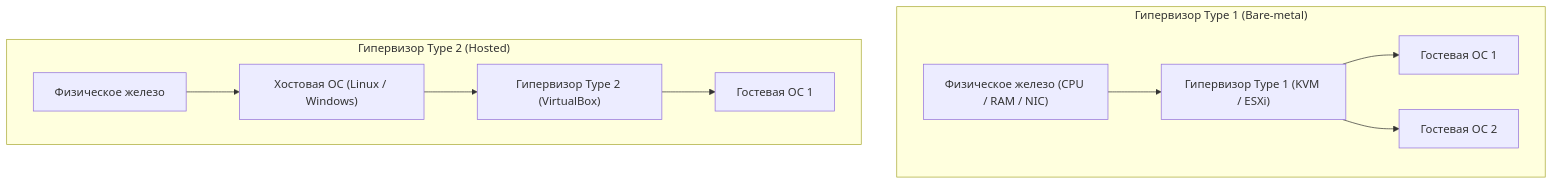
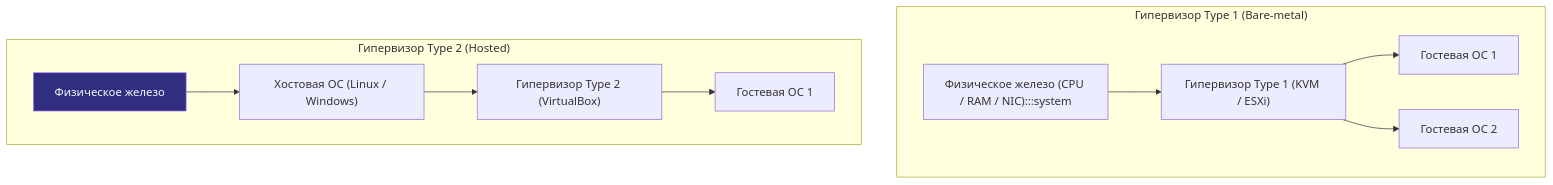
Before and after one commit to UnrealTemplier/go-textbook: the second of 4 diagrams in sources/2. Устройство и работа ОС/55. Виртуальные машины и гипервизоры.md, drawn with Mermaid. The commit also changed other lines of this file and 1666 other files, not shown here.

First line of the commit message:
feat(mermaid): add semantic color classDef to 1369 colorless flowchart/graph diagrams

````diff
--- a/sources/2. Устройство и работа ОС/55. Виртуальные машины и гипервизоры.md
+++ b/sources/2. Устройство и работа ОС/55. Виртуальные машины и гипервизоры.md
@@ -53,14 +63,24 @@
 ```mermaid
 flowchart TD
+    classDef process  fill:#1e293b,stroke:#38bdf8,stroke-width:1px,color:#f8fafc
+    classDef success  fill:#064e3b,stroke:#34d399,stroke-width:1px,color:#f8fafc
+    classDef error    fill:#7f1d1d,stroke:#f87171,stroke-width:1px,color:#f8fafc
+    classDef warning  fill:#78350f,stroke:#fbbf24,stroke-width:1px,color:#f8fafc
+    classDef entry    fill:#1e3a5f,stroke:#38bdf8,stroke-width:2px,color:#f8fafc
+    classDef aux      fill:#334155,stroke:#64748b,stroke-width:1px,color:#f8fafc
+    classDef system   fill:#312e81,stroke:#a78bfa,stroke-width:1px,color:#f8fafc
+    classDef data     fill:#132d29,stroke:#2dd4bf,stroke-width:1px,color:#f8fafc
+    classDef network  fill:#881337,stroke:#fb7185,stroke-width:1px,color:#f8fafc
+    classDef accent   fill:#1e1b4b,stroke:#818cf8,stroke-width:1px,color:#f8fafc
     subgraph Type1["Гипервизор Type 1 (Bare-metal)"]
-        H1["Физическое железо (CPU / RAM / NIC)"] --> Hyp1["Гипервизор Type 1 (KVM / ESXi)"]
+        H1["Физическое железо (CPU / RAM / NIC):::system"] --> Hyp1["Гипервизор Type 1 (KVM / ESXi)"]
         Hyp1 --> VM1A["Гостевая ОС 1"]
         Hyp1 --> VM1B["Гостевая ОС 2"]
     end
 
     subgraph Type2["Гипервизор Type 2 (Hosted)"]
-        H2["Физическое железо"] --> HostOS["Хостовая ОС (Linux / Windows)"]
+        H2["Физическое железо"]:::system --> HostOS["Хостовая ОС (Linux / Windows)"]
         HostOS --> Hyp2["Гипервизор Type 2 (VirtualBox)"]
         Hyp2 --> VM2A["Гостевая ОС 1"]
     end
 ```
````
